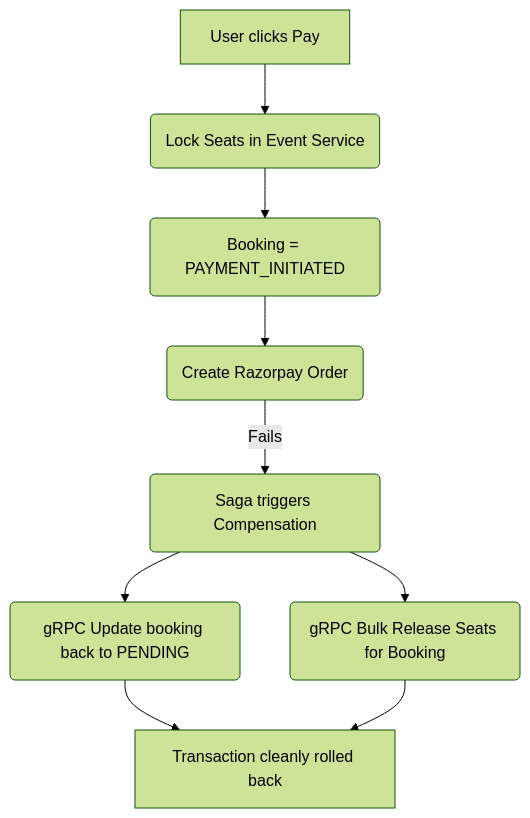
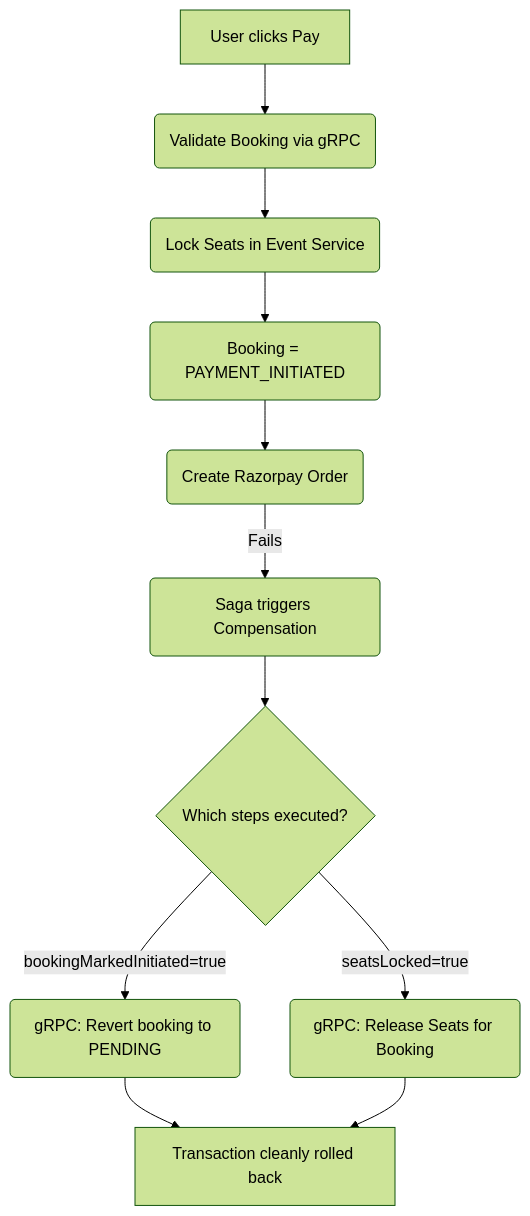
Before and after one commit to NithinKS007/EP-Microservices: the second of 5 diagrams in docs/05_Impact_and_Diagrams.md, drawn with Mermaid (forest theme). The commit also changed other lines of this file and 6 other files, not shown here.

````diff
--- a/docs/05_Impact_and_Diagrams.md
+++ b/docs/05_Impact_and_Diagrams.md
@@ -32,11 +32,13 @@
 ```mermaid
 flowchart TD
-    Initiate[User clicks Pay] --> LockSeats(Lock Seats in Event Service)
+    Initiate[User clicks Pay] --> ValidateBooking(Validate Booking via gRPC)
+    ValidateBooking --> LockSeats(Lock Seats in Event Service)
     LockSeats --> Initiated(Booking = PAYMENT_INITIATED)
     Initiated --> Razorpay(Create Razorpay Order)
     Razorpay -- Fails --> Saga(Saga triggers Compensation)
-    Saga --> RollbackBooking(gRPC Update booking back to PENDING)
-    Saga --> ReleaseSeats(gRPC Bulk Release Seats for Booking)
+    Saga --> CheckFlags{Which steps executed?}
+    CheckFlags -->|bookingMarkedInitiated=true| RollbackBooking(gRPC: Revert booking to PENDING)
+    CheckFlags -->|seatsLocked=true| ReleaseSeats(gRPC: Release Seats for Booking)
     RollbackBooking --> Done[Transaction cleanly rolled back]
     ReleaseSeats --> Done
 ```
````
